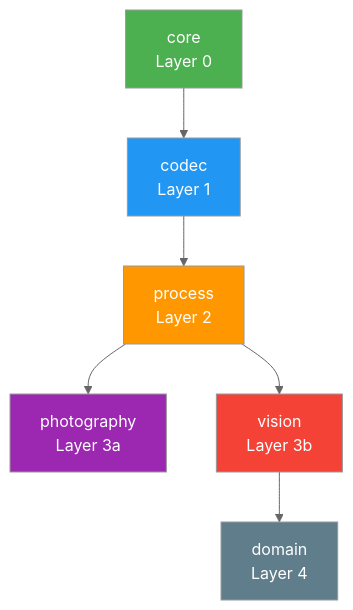
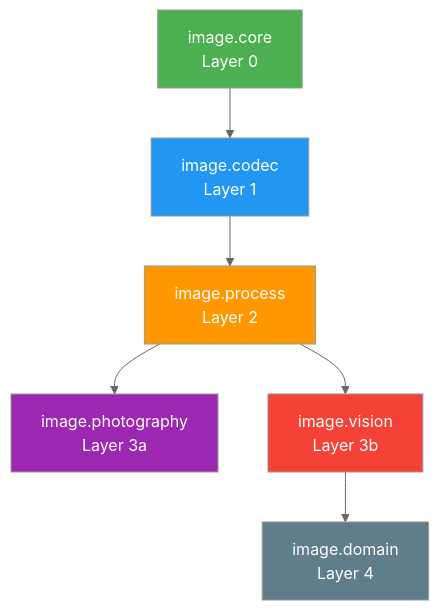
The diagram in docs/architecture.md (walkzzz/image.mbt), drawn with Mermaid (neutral theme) before and after one commit. The commit also changed other lines of this file and 24 other files, not shown here.

````diff
--- a/docs/architecture.md
+++ b/docs/architecture.md
@@ -11,15 +11,15 @@
 ```mermaid
 graph TD
-    CORE["core<br/>Layer 0"] --> CODEC["codec<br/>Layer 1"]
-    CODEC --> PROCESS["process<br/>Layer 2"]
-    PROCESS --> PHOTO["photography<br/>Layer 3a"]
-    PROCESS --> VISION["vision<br/>Layer 3b"]
-    VISION --> DOMAIN["domain<br/>Layer 4"]
+    CORE["image.core<br/>Layer 0"] --> CODEC["image.codec<br/>Layer 1"]
+    CODEC --> PROCESS["image.process<br/>Layer 2"]
+    PROCESS --> PHOTO["image.photography<br/>Layer 3a"]
+    PROCESS --> VISION["image.vision<br/>Layer 3b"]
+    VISION --> DOMAIN["image.domain<br/>Layer 4"]
     
     style CORE fill:#4CAF50,color:#fff
     style CODEC fill:#2196F3,color:#fff
     style PROCESS fill:#FF9800,color:#fff
     style PHOTO fill:#9C27B0,color:#fff
     style VISION fill:#F44336,color:#fff
     style DOMAIN fill:#607D8B,color:#fff
 ```
````
